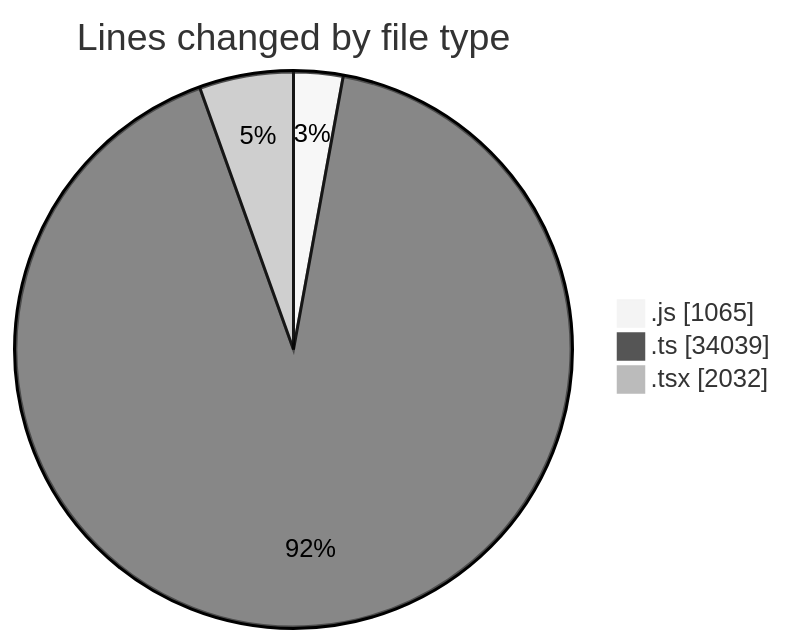
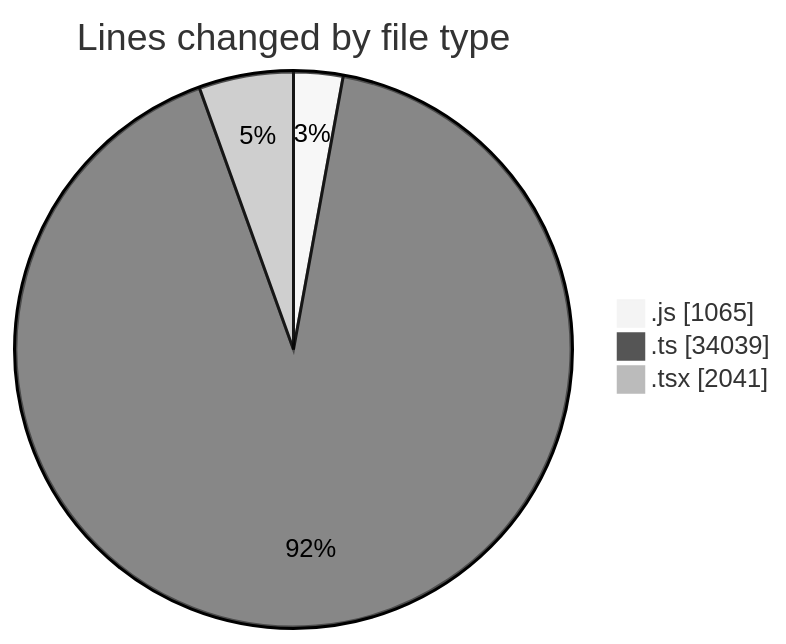
The first of 2 diagrams in 2026-10-06/cda/README.md (momahboobian/code-tracking), drawn with Mermaid (neutral theme) before and after one commit. The commit also changed other lines of this file and 1 other file, not shown here.

````diff
--- a/2026-10-06/cda/README.md
+++ b/2026-10-06/cda/README.md
@@ -47,7 +47,7 @@
 ```mermaid
 pie showData
 title Lines changed by file type
 ".js" : 1065
 ".ts" : 34039
-".tsx" : 2032
+".tsx" : 2041
 ```
````
